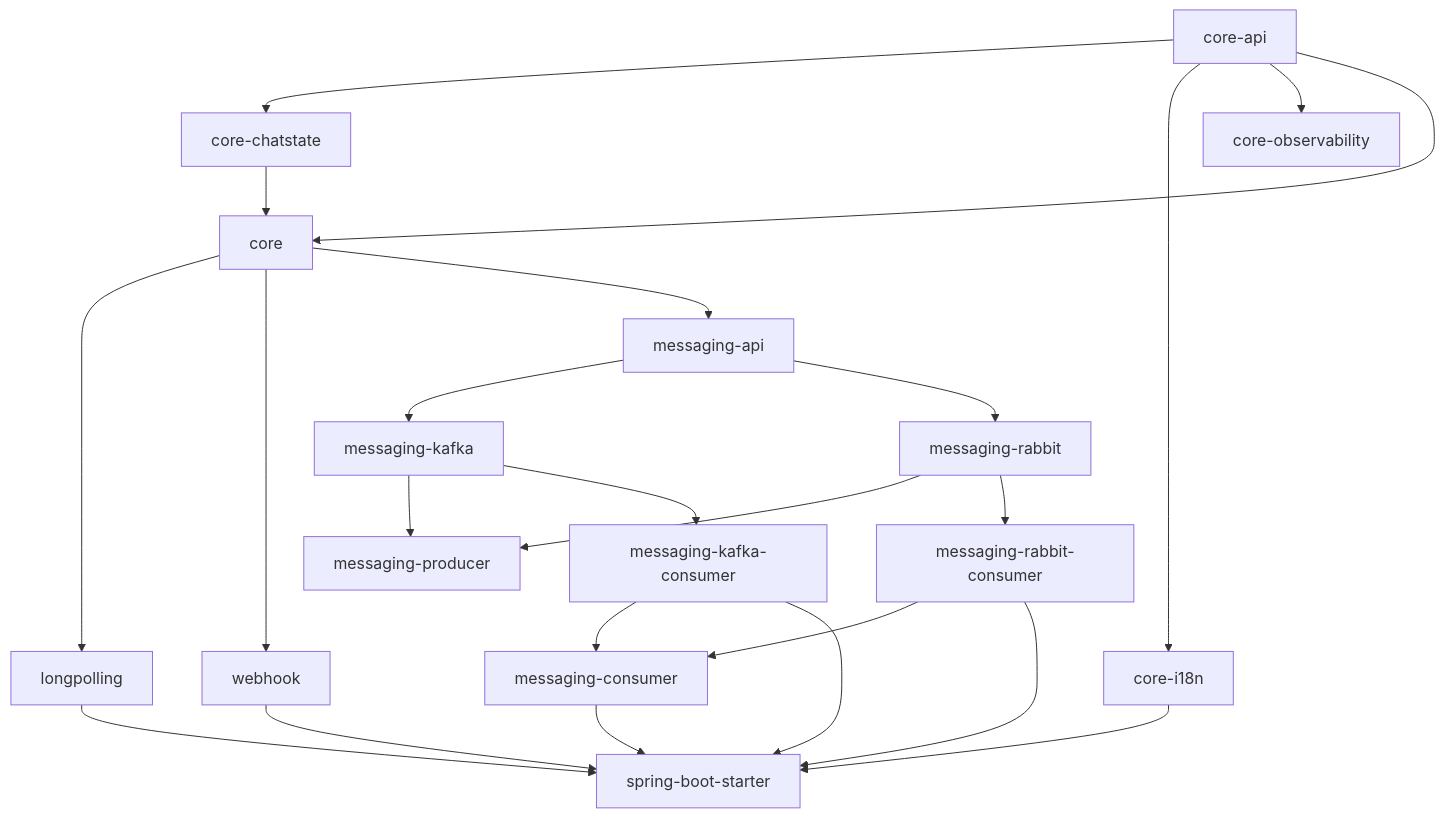
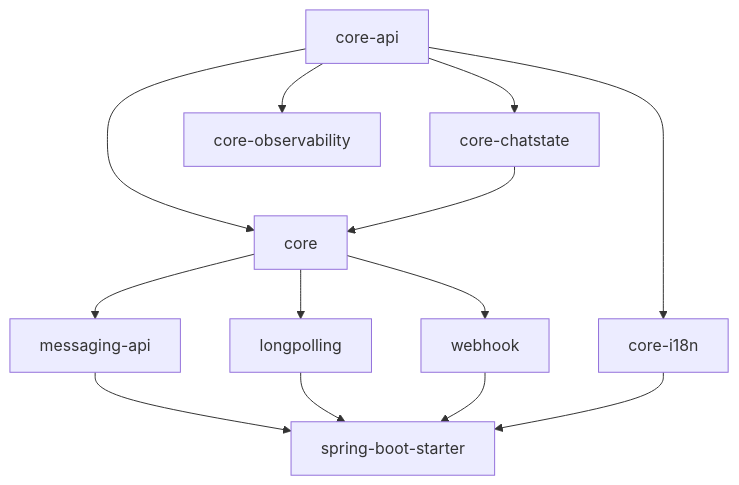
The diagram in README.md (oson-code/easygram), drawn with Mermaid before and after one commit. The commit also changed other lines of this file and 112 other files, not shown here.

````diff
--- a/README.md
+++ b/README.md
@@ -80,25 +73,15 @@
 ```mermaid
 graph TD
     CA[core-api] --> CC[core-chatstate]
     CA --> CI[core-i18n]
     CA --> CO[core-observability]
     CA --> C[core]
     CC --> C
     C --> LP[longpolling]
     C --> WH[webhook]
     C --> MA[messaging-api]
-    MA --> MK[messaging-kafka]
-    MA --> MR[messaging-rabbit]
-    MK --> MP[messaging-producer]
-    MR --> MP
-    MK --> KC[messaging-kafka-consumer]
-    MR --> RC[messaging-rabbit-consumer]
-    KC --> MC[messaging-consumer]
-    RC --> MC
-    LP --> SBS[spring-boot-starter]
+    MA --> SBS[spring-boot-starter]
+    LP --> SBS
     WH --> SBS
-    KC --> SBS
-    RC --> SBS
-    MC --> SBS
     CI --> SBS
 ```
````
